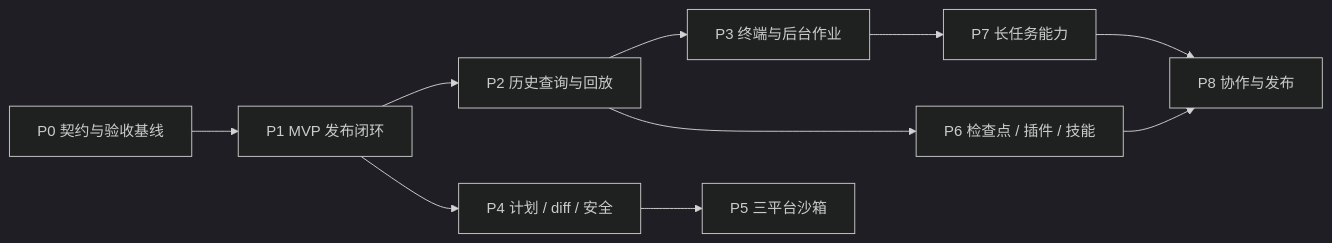
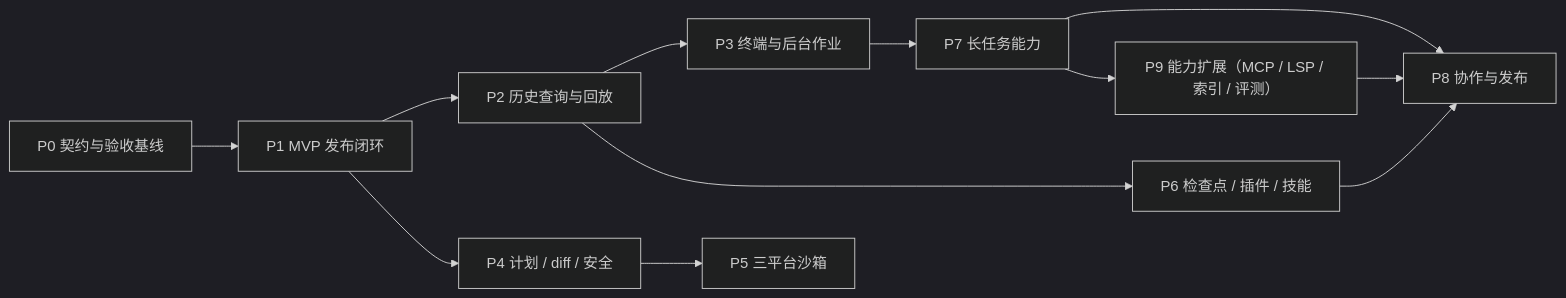
Before and after one commit to JIAh-h/Lcode: the diagram in docs/25-后续开发任务清单.md, drawn with Mermaid (dark theme). The commit also changed other lines of this file and 45 other files, not shown here.

````diff
--- a/docs/25-后续开发任务清单.md
+++ b/docs/25-后续开发任务清单.md
@@ -35,12 +36,14 @@
 ```mermaid
 flowchart LR
   P0["P0 契约与验收基线"] --> P1["P1 MVP 发布闭环"]
   P1 --> P2["P2 历史查询与回放"]
   P2 --> P3["P3 终端与后台作业"]
   P1 --> P4["P4 计划 / diff / 安全"]
   P4 --> P5["P5 三平台沙箱"]
   P2 --> P6["P6 检查点 / 插件 / 技能"]
   P3 --> P7["P7 长任务能力"]
   P6 --> P8["P8 协作与发布"]
   P7 --> P8
+  P7 --> P9["P9 能力扩展（MCP / LSP / 索引 / 评测）"]
+  P9 --> P8
 ```
````
